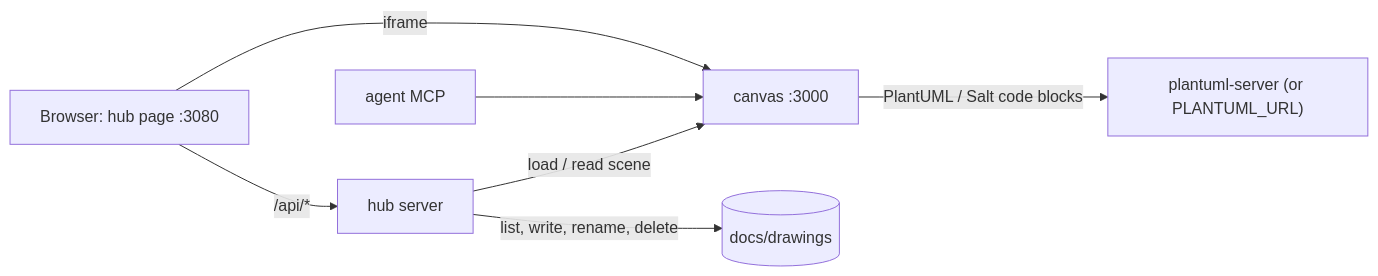
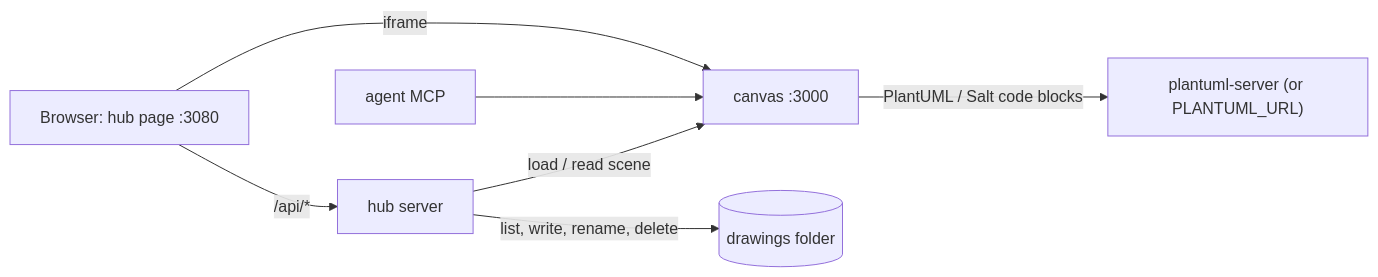
Before and after one commit to turtlewizard73/excalidraw-hub: the diagram in README.md, drawn with Mermaid. The commit also changed other lines of this file and 29 other files, not shown here.

````diff
--- a/README.md
+++ b/README.md
@@ -7,9 +7,9 @@
 ```mermaid
 flowchart LR
   B[Browser: hub page :3080] -->|/api/*| H[hub server]
   B -->|iframe| C[canvas :3000]
   A[agent MCP] --> C
   H -->|load / read scene| C
-  H -->|list, write, rename, delete| D[(docs/drawings)]
+  H -->|list, write, rename, delete| D[(drawings folder)]
   C -->|PlantUML / Salt code blocks| P["plantuml-server (or PLANTUML_URL)"]
 ```
````
